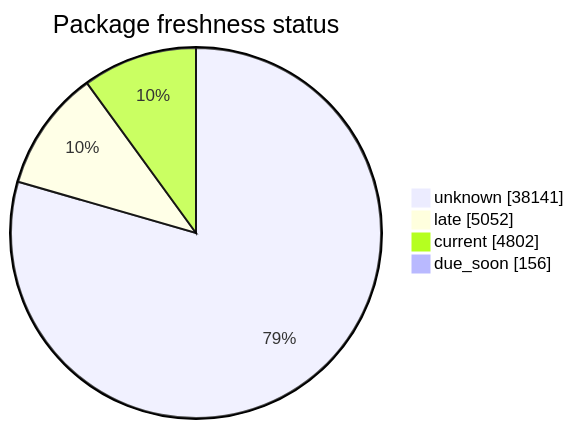
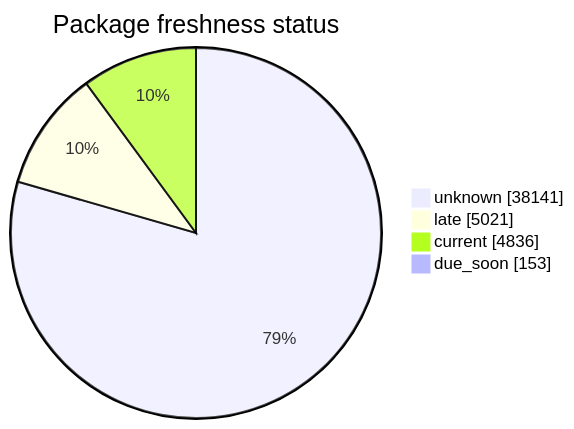
Before and after one commit to open-data/analytics-corporate-reporting: the second of 5 diagrams in FreshCheck/README.md, drawn with Mermaid. The commit also changed other lines of this file and 3 other files, not shown here.

````diff
--- a/FreshCheck/README.md
+++ b/FreshCheck/README.md
@@ -68,7 +68,7 @@
 ```mermaid
 pie showData title Package freshness status
     "unknown": 38141
-    "late": 5052
-    "current": 4802
-    "due_soon": 156
+    "late": 5021
+    "current": 4836
+    "due_soon": 153
 ```
````
